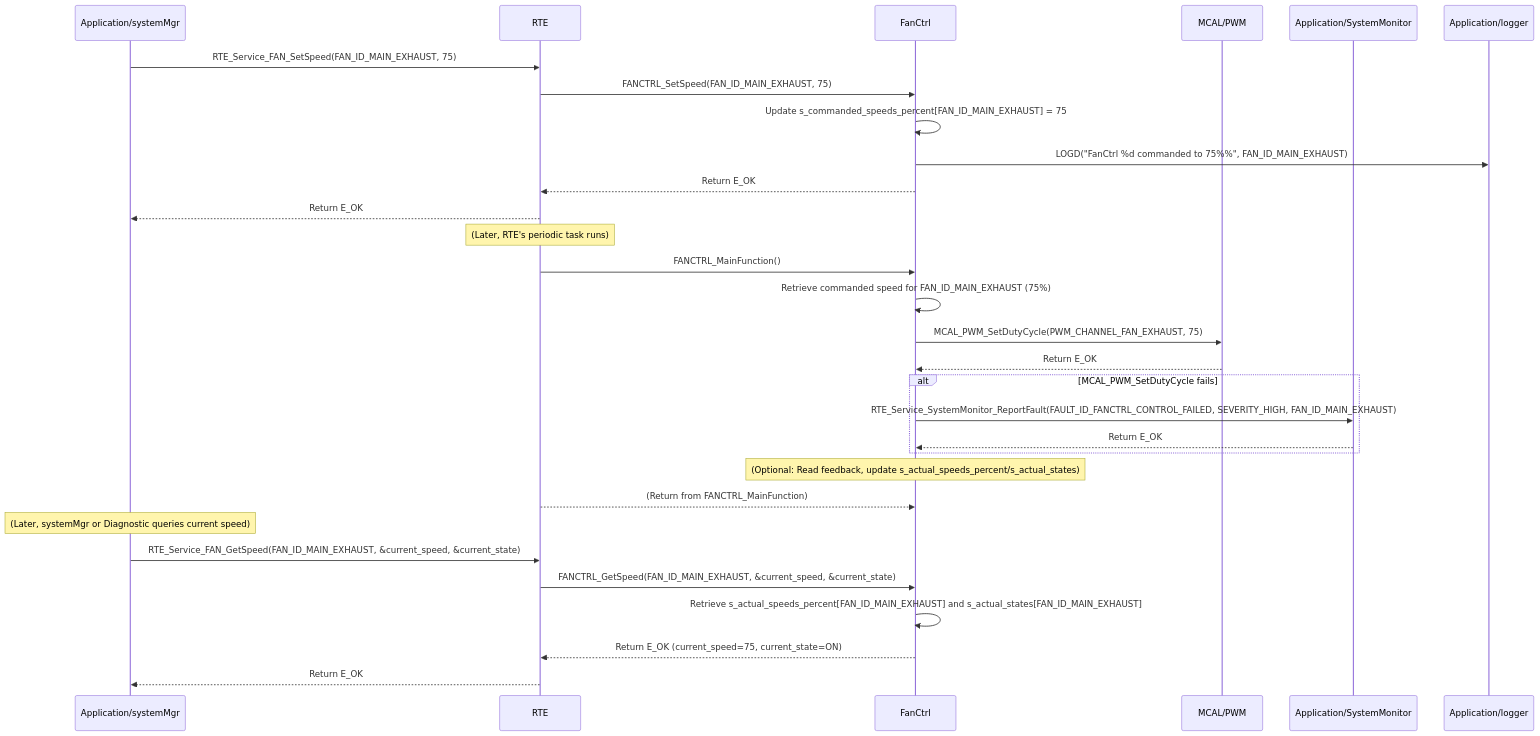
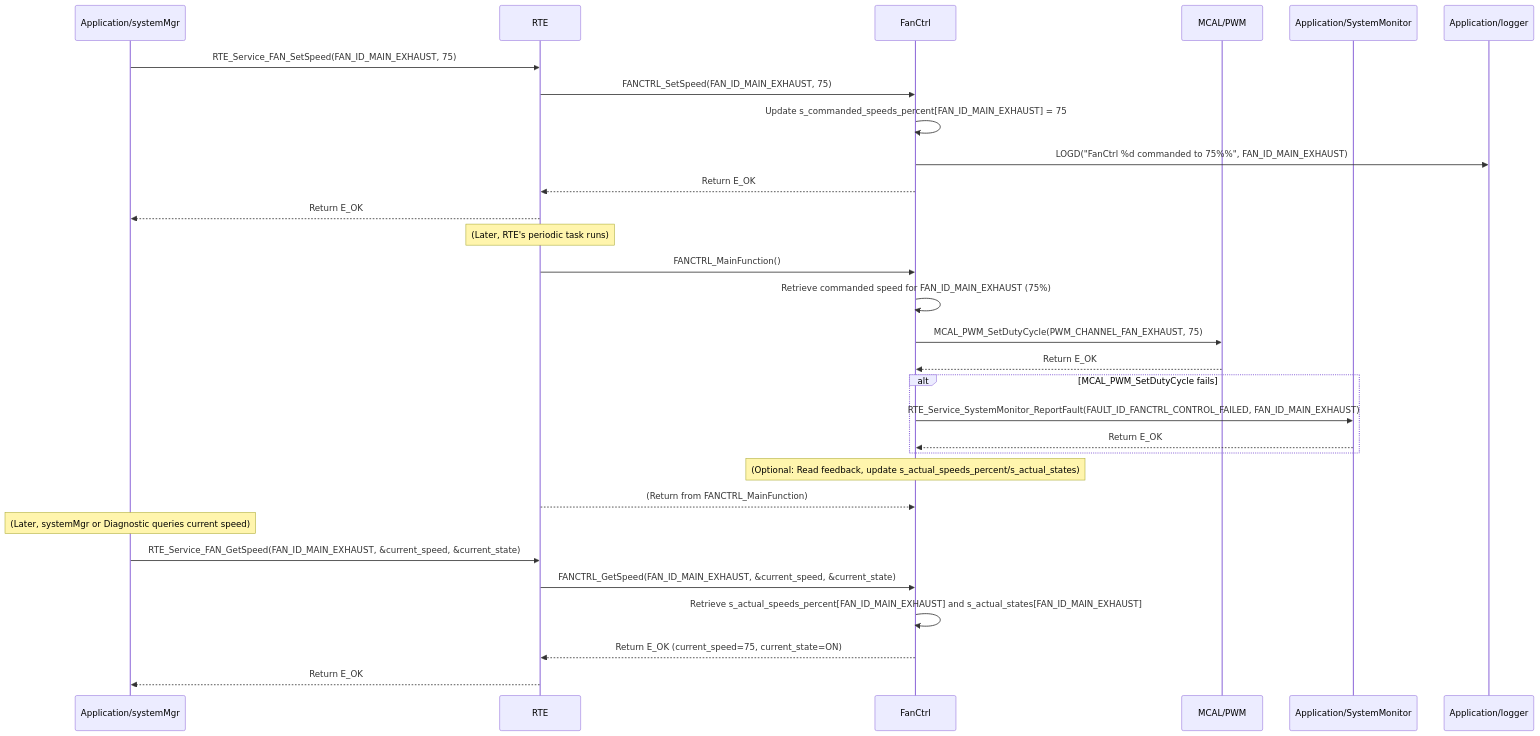
Before and after one commit to ashaker-2/Platform: the diagram in Requiremets/Design/Application/FanControl.md, drawn with Mermaid. The commit also changed other lines of this file and 79 other files, not shown here.

````diff
--- a/Requiremets/Design/Application/FanControl.md
+++ b/Requiremets/Design/Application/FanControl.md
@@ -195,35 +201,35 @@
 ```mermaid
 sequenceDiagram  
     participant SystemMgr as Application/systemMgr  
     participant RTE as RTE  
     participant FanCtrl as FanCtrl  
     participant MCAL_PWM as MCAL/PWM  
     participant SystemMonitor as Application/SystemMonitor  
     participant Logger as Application/logger
 
     SystemMgr->>RTE: RTE_Service_FAN_SetSpeed(FAN_ID_MAIN_EXHAUST, 75)  
     RTE->>FanCtrl: FANCTRL_SetSpeed(FAN_ID_MAIN_EXHAUST, 75)  
     FanCtrl->>FanCtrl: Update s_commanded_speeds_percent[FAN_ID_MAIN_EXHAUST] = 75  
     FanCtrl->>Logger: LOGD("FanCtrl %d commanded to 75%%", FAN_ID_MAIN_EXHAUST)  
     FanCtrl-->>RTE: Return E_OK  
     RTE-->>SystemMgr: Return E_OK
 
     Note over RTE: (Later, RTE's periodic task runs)  
     RTE->>FanCtrl: FANCTRL_MainFunction()  
     FanCtrl->>FanCtrl: Retrieve commanded speed for FAN_ID_MAIN_EXHAUST (75%)  
     FanCtrl->>MCAL_PWM: MCAL_PWM_SetDutyCycle(PWM_CHANNEL_FAN_EXHAUST, 75)  
     MCAL_PWM-->>FanCtrl: Return E_OK  
     alt MCAL_PWM_SetDutyCycle fails  
-        FanCtrl->>SystemMonitor: RTE_Service_SystemMonitor_ReportFault(FAULT_ID_FANCTRL_CONTROL_FAILED, SEVERITY_HIGH, FAN_ID_MAIN_EXHAUST)  
+        FanCtrl->>SystemMonitor: RTE_Service_SystemMonitor_ReportFault(FAULT_ID_FANCTRL_CONTROL_FAILED,  FAN_ID_MAIN_EXHAUST)  
         SystemMonitor-->>FanCtrl: Return E_OK  
     end  
     Note over FanCtrl: (Optional: Read feedback, update s_actual_speeds_percent/s_actual_states)  
     RTE-->>FanCtrl: (Return from FANCTRL_MainFunction)
 
     Note over SystemMgr: (Later, systemMgr or Diagnostic queries current speed)  
     SystemMgr->>RTE: RTE_Service_FAN_GetSpeed(FAN_ID_MAIN_EXHAUST, &current_speed, &current_state)  
     RTE->>FanCtrl: FANCTRL_GetSpeed(FAN_ID_MAIN_EXHAUST, &current_speed, &current_state)  
     FanCtrl->>FanCtrl: Retrieve s_actual_speeds_percent[FAN_ID_MAIN_EXHAUST] and s_actual_states[FAN_ID_MAIN_EXHAUST]  
     FanCtrl-->>RTE: Return E_OK (current_speed=75, current_state=ON)  
     RTE-->>SystemMgr: Return E_OK
 ```
````
